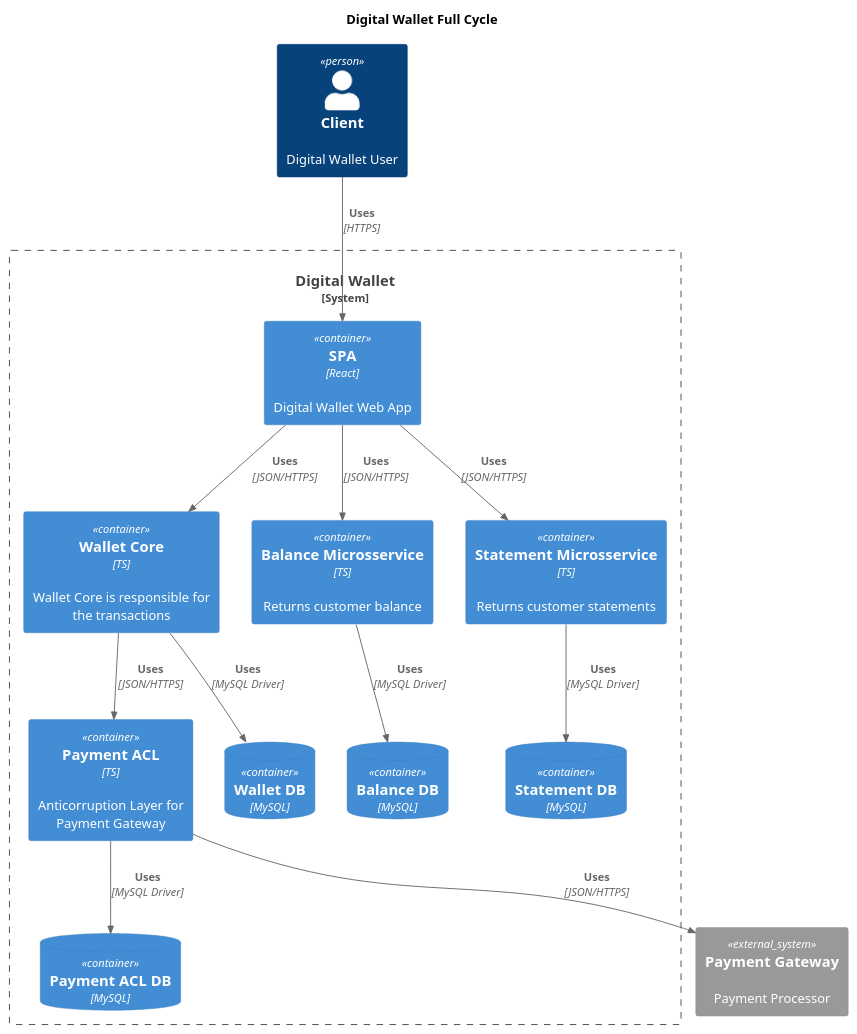
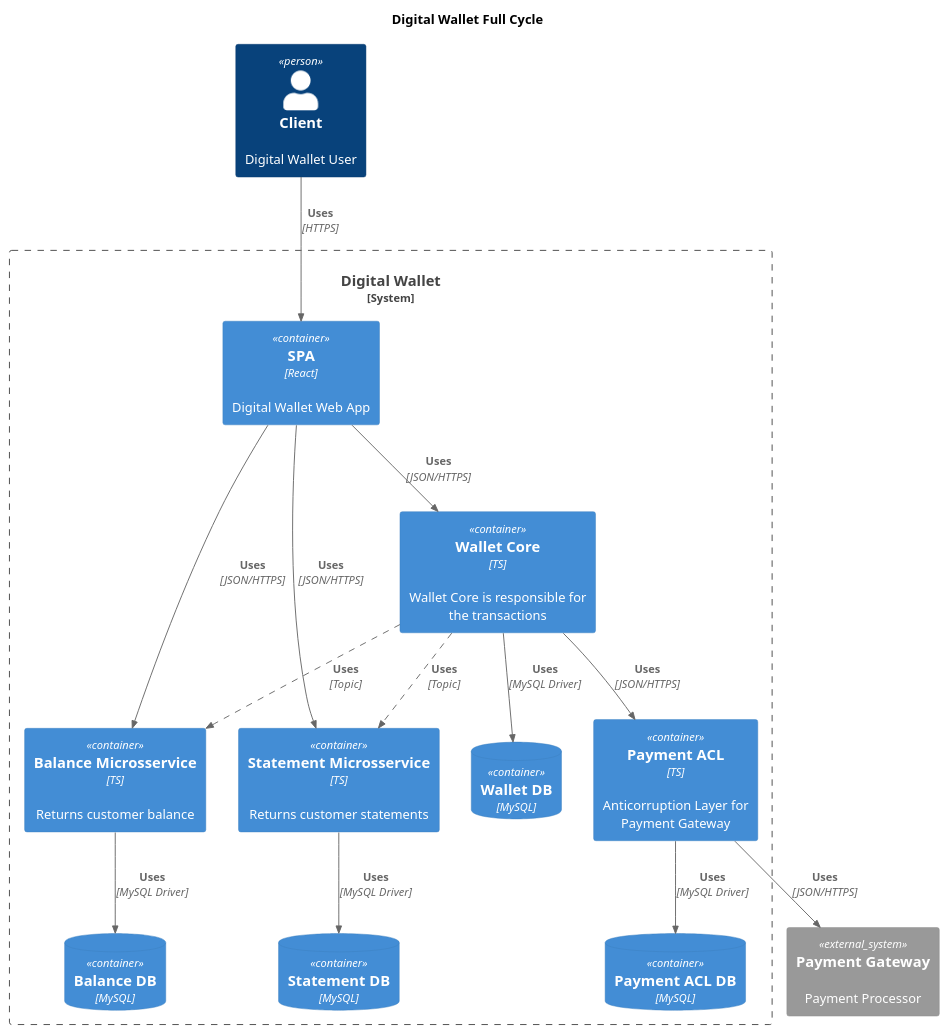
One commit to robsantossilva/fullcycle-arquitetura-microsservicos changed the diagram in containers.puml. Above: the diagram before and after it, drawn with PlantUML. The commit also changed 2 other files, not shown here.

Commit message:
C4Model and PlantUML

```diff
--- a/containers.puml
+++ b/containers.puml
@@ -1,37 +1,42 @@
 @startuml
 
 !include https://raw.githubusercontent.com/plantuml-stdlib/C4-PlantUML/master/C4_Container.puml
+AddRelTag("async", $lineStyle = DashedLine())
 
 title "Digital Wallet Full Cycle"
 
 Person(client, "Client", "Digital Wallet User")
 System_Ext(payment_gateway, "Payment Gateway", "Payment Processor")
 
 System_Boundary(digital_wallet, "Digital Wallet") {
   Container(spa, "SPA", "React", "Digital Wallet Web App")
   Container(wallet_core, "Wallet Core", "TS", "Wallet Core is responsible for the transactions")
   Container(balance_service, "Balance Microsservice", "TS", "Returns customer balance")
   Container(statement_service, "Statement Microsservice", "TS", "Returns customer statements")
   Container(payment_acl, "Payment ACL", "TS", "Anticorruption Layer for Payment Gateway")
 
   ContainerDb(wallet_code_db, "Wallet DB", "MySQL")
   Rel(wallet_core, wallet_code_db, "Uses", "MySQL Driver")
 
   ContainerDb(balance_db, "Balance DB", "MySQL")
   Rel(balance_service, balance_db, "Uses", "MySQL Driver")
 
   ContainerDb(statement_db, "Statement DB", "MySQL")
   Rel(statement_service, statement_db, "Uses", "MySQL Driver")
 
   ContainerDb(payment_acl_db, "Payment ACL DB", "MySQL")
   Rel(payment_acl, payment_acl_db, "Uses", "MySQL Driver")
 
   Rel(client, spa, "Uses", "HTTPS")
   Rel(spa, wallet_core, "Uses", "JSON/HTTPS")
   Rel(spa, balance_service, "Uses", "JSON/HTTPS")
   Rel(spa, statement_service, "Uses", "JSON/HTTPS")
+
   Rel(wallet_core, payment_acl, "Uses", "JSON/HTTPS")
   Rel(payment_acl, payment_gateway, "Uses", "JSON/HTTPS")
+
+  Rel(wallet_core, balance_service, "Uses", "Topic", $tags = "async")
+  Rel(wallet_core, statement_service, "Uses", "Topic", $tags = "async")
 }
 
 @enduml
```
